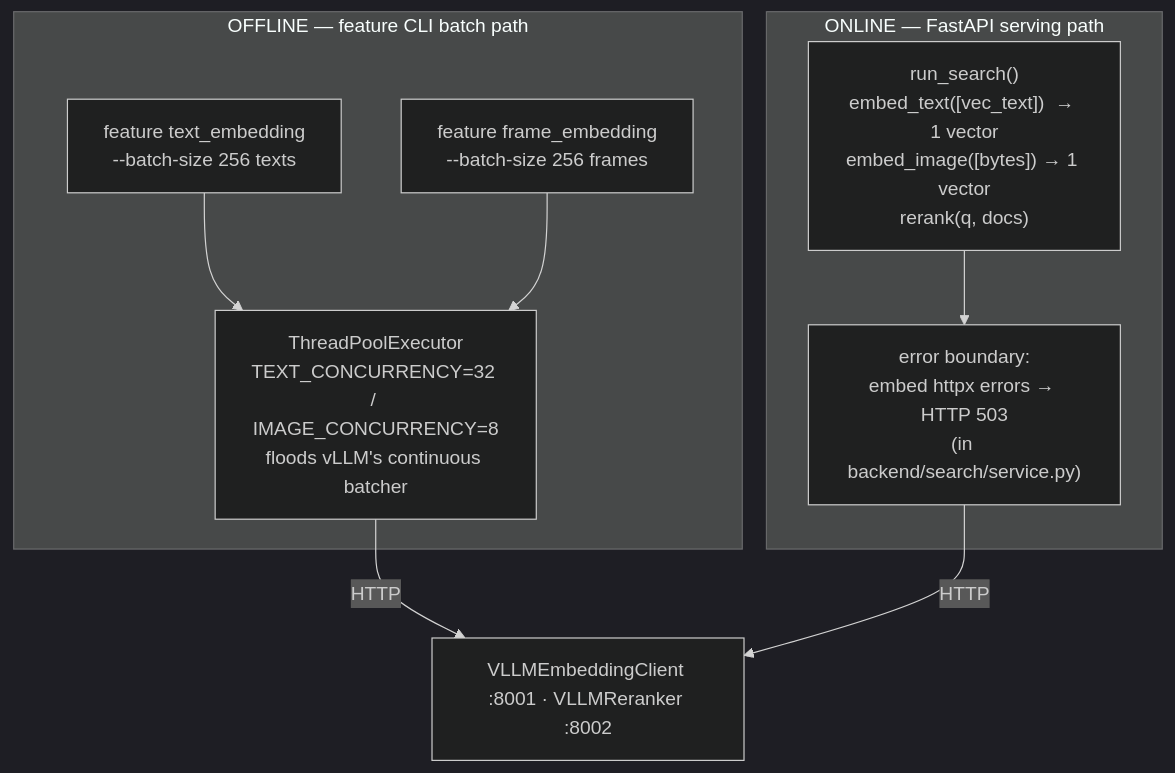
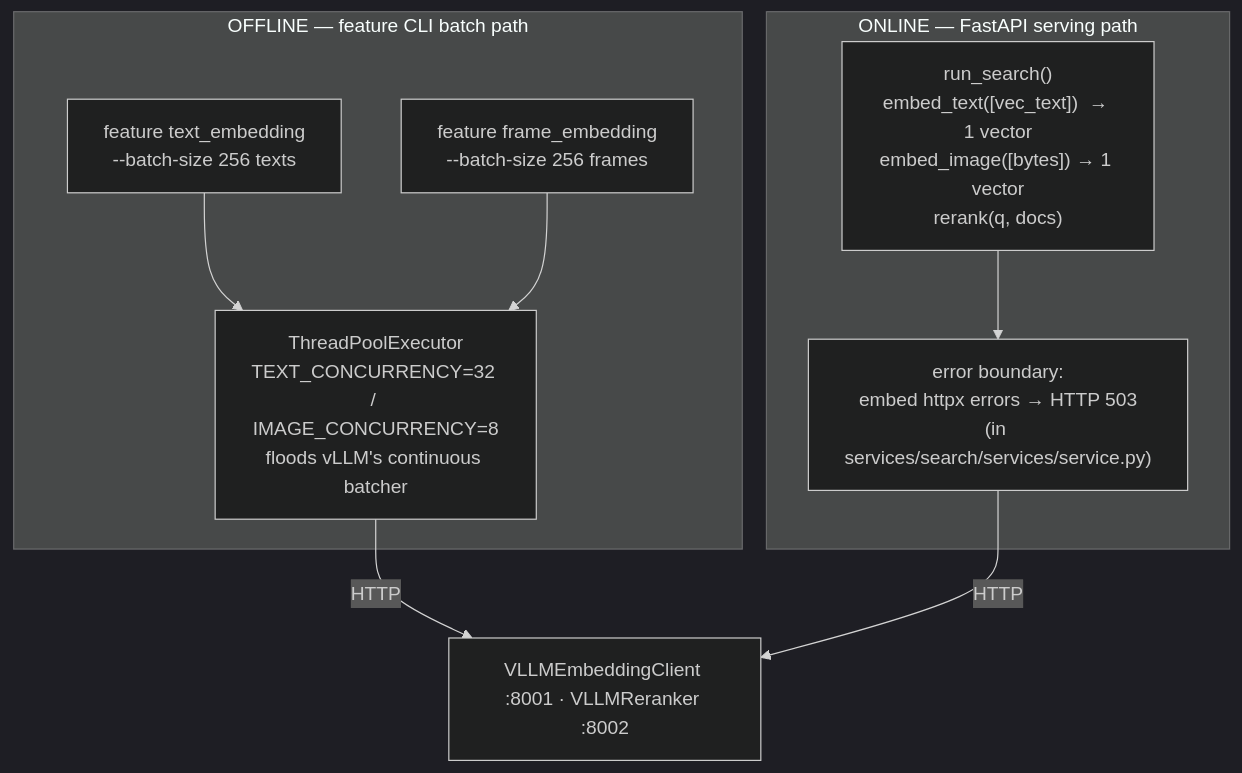
One commit to Borg93/lance-audio-demo changed the second of 5 diagrams in docs/EMBEDDINGS.md. Above: the diagram before and after it, drawn with Mermaid (dark theme). The commit also changed other lines of this file and 36 other files, not shown here.

````diff
--- a/docs/EMBEDDINGS.md
+++ b/docs/EMBEDDINGS.md
@@ -212,19 +212,19 @@
 ```mermaid
 flowchart TD
     subgraph offline["OFFLINE — feature CLI batch path"]
         EC["feature text_embedding<br/>--batch-size 256 texts"]
         EF["feature frame_embedding<br/>--batch-size 256 frames"]
         TPE["ThreadPoolExecutor<br/>TEXT_CONCURRENCY=32 / IMAGE_CONCURRENCY=8<br/>floods vLLM's continuous batcher"]
         EC --> TPE
         EF --> TPE
     end
 
     subgraph online["ONLINE — FastAPI serving path"]
         RS["run_search()<br/>embed_text([vec_text])  → 1 vector<br/>embed_image([bytes]) → 1 vector<br/>rerank(q, docs)"]
-        BND["error boundary:<br/>embed httpx errors → HTTP 503<br/>(in backend/search/service.py)"]
+        BND["error boundary:<br/>embed httpx errors → HTTP 503<br/>(in services/search/services/service.py)"]
         RS --> BND
     end
 
     TPE -->|"HTTP"| V["VLLMEmbeddingClient :8001 · VLLMReranker :8002"]
     BND -->|"HTTP"| V
 ```
````
